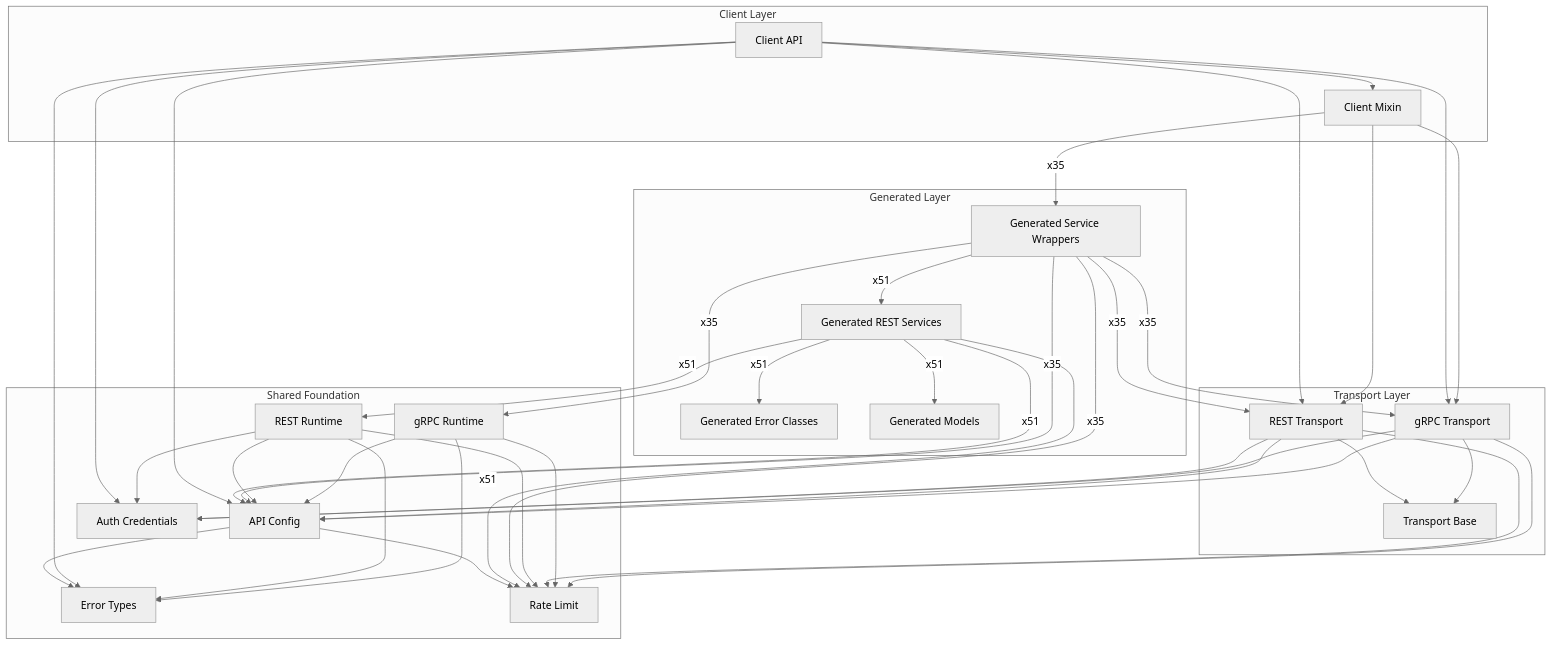
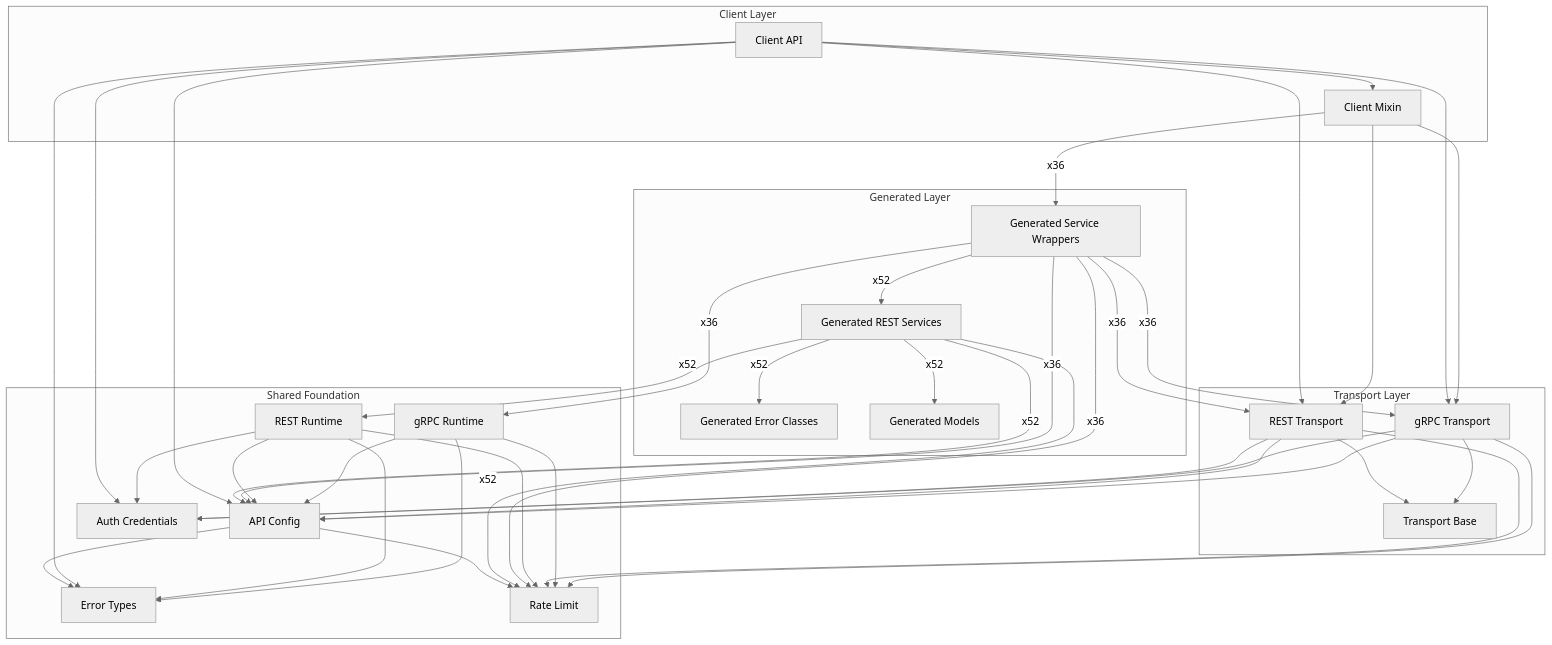
One commit to alexdearaujo/community_sdk_python changed the diagram in docs/sphinx/sdk_runtime_architecture.md. Above: the diagram before and after it, drawn with Mermaid (neutral theme). The commit also changed 31 other files, not shown here.

First line of the commit message:
chore: regenerate from api-schema-public 9de9a68 to add nms

````diff
--- a/docs/sphinx/sdk_runtime_architecture.md
+++ b/docs/sphinx/sdk_runtime_architecture.md
@@ -22,64 +22,64 @@
 ```mermaid
 flowchart TB
     subgraph client["Client Layer"]
         Client_API["Client API"]
         Client_Mixin["Client Mixin"]
     end
     subgraph generated["Generated Layer"]
         Generated_Error_Classes["Generated Error Classes"]
         Generated_Models["Generated Models"]
         Generated_REST_Services["Generated REST Services"]
         Generated_Service_Wrappers["Generated Service Wrappers"]
     end
     subgraph transport["Transport Layer"]
         REST_Transport["REST Transport"]
         Transport_Base["Transport Base"]
         gRPC_Transport["gRPC Transport"]
     end
     subgraph foundation["Shared Foundation"]
         API_Config["API Config"]
         Auth_Credentials["Auth Credentials"]
         Error_Types["Error Types"]
         REST_Runtime["REST Runtime"]
         Rate_Limit["Rate Limit"]
         gRPC_Runtime["gRPC Runtime"]
     end
 
     API_Config --> Error_Types
     API_Config --> Rate_Limit
     Client_API --> API_Config
     Client_API --> Auth_Credentials
     Client_API --> Client_Mixin
     Client_API --> Error_Types
     Client_API --> REST_Transport
     Client_API --> gRPC_Transport
-    Client_Mixin -->|"x35"| Generated_Service_Wrappers
+    Client_Mixin -->|"x36"| Generated_Service_Wrappers
     Client_Mixin --> REST_Transport
     Client_Mixin --> gRPC_Transport
-    Generated_REST_Services -->|"x51"| API_Config
-    Generated_REST_Services -->|"x51"| Generated_Error_Classes
-    Generated_REST_Services -->|"x51"| Generated_Models
-    Generated_REST_Services -->|"x51"| REST_Runtime
-    Generated_REST_Services -->|"x51"| Rate_Limit
-    Generated_Service_Wrappers -->|"x35"| API_Config
-    Generated_Service_Wrappers -->|"x51"| Generated_REST_Services
-    Generated_Service_Wrappers -->|"x35"| REST_Transport
-    Generated_Service_Wrappers -->|"x35"| Rate_Limit
-    Generated_Service_Wrappers -->|"x35"| gRPC_Runtime
-    Generated_Service_Wrappers -->|"x35"| gRPC_Transport
+    Generated_REST_Services -->|"x52"| API_Config
+    Generated_REST_Services -->|"x52"| Generated_Error_Classes
+    Generated_REST_Services -->|"x52"| Generated_Models
+    Generated_REST_Services -->|"x52"| REST_Runtime
+    Generated_REST_Services -->|"x52"| Rate_Limit
+    Generated_Service_Wrappers -->|"x36"| API_Config
+    Generated_Service_Wrappers -->|"x52"| Generated_REST_Services
+    Generated_Service_Wrappers -->|"x36"| REST_Transport
+    Generated_Service_Wrappers -->|"x36"| Rate_Limit
+    Generated_Service_Wrappers -->|"x36"| gRPC_Runtime
+    Generated_Service_Wrappers -->|"x36"| gRPC_Transport
     REST_Runtime --> API_Config
     REST_Runtime --> Auth_Credentials
     REST_Runtime --> Error_Types
     REST_Runtime --> Rate_Limit
     REST_Transport --> API_Config
     REST_Transport --> Auth_Credentials
     REST_Transport --> Rate_Limit
     REST_Transport --> Transport_Base
     gRPC_Runtime --> API_Config
     gRPC_Runtime --> Error_Types
     gRPC_Runtime --> Rate_Limit
     gRPC_Transport --> API_Config
     gRPC_Transport --> Auth_Credentials
     gRPC_Transport --> Rate_Limit
     gRPC_Transport --> Transport_Base
 ```
````
